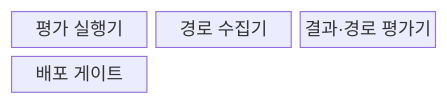
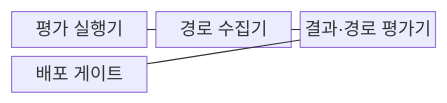
The first of 2 diagrams in src/content/docs/notes/08-latest-tech/021_agent_evaluation.md (agnusdei1207/knowledge-base), drawn with Mermaid before and after one commit. The commit also changed other lines of this file and 228 other files, not shown here.

````diff
--- a/src/content/docs/notes/08-latest-tech/021_agent_evaluation.md
+++ b/src/content/docs/notes/08-latest-tech/021_agent_evaluation.md
@@ -51,8 +51,11 @@
 ```mermaid
 block-beta
     columns 3
     R["평가 실행기"]
     C["경로 수집기"]
     V["결과·경로 평가기"]
     G["배포 게이트"]
+    R --- C
+    C --- V
+    V --- G
 ```
````
